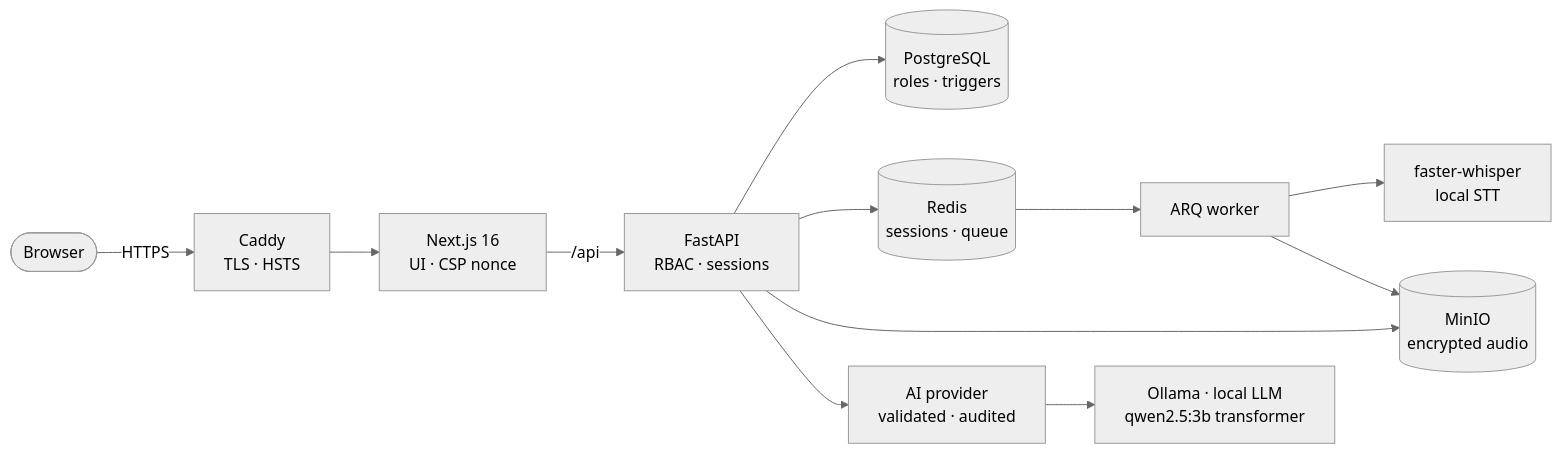
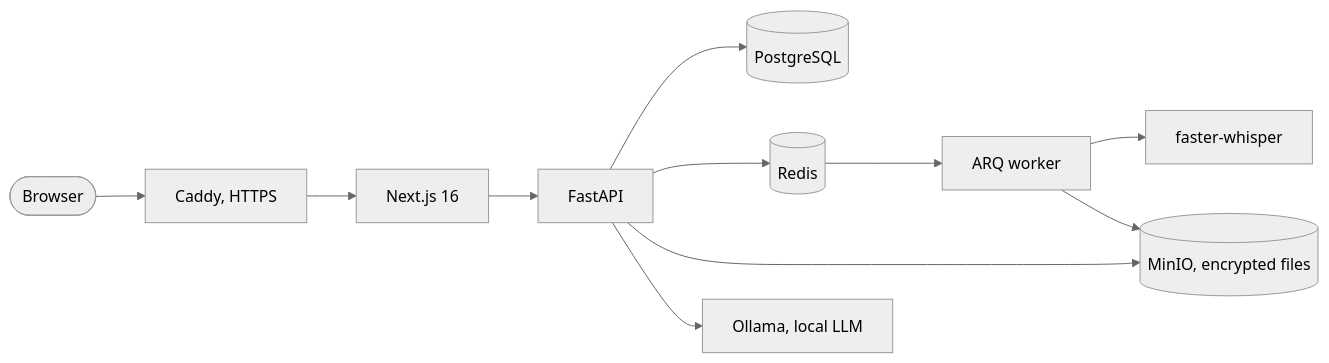
The second of 2 diagrams in README.md (tzar-beep/RehabMind), drawn with Mermaid (neutral theme) before and after one commit. The commit also changed other lines of this file and 11 other files, not shown here.

````diff
--- a/README.md
+++ b/README.md
@@ -128,14 +115,13 @@
 ```mermaid
 flowchart LR
-    B([Browser]) -- HTTPS --> C[Caddy<br/>TLS · HSTS]
-    C --> W[Next.js 16<br/>UI · CSP nonce]
-    W -- /api --> A[FastAPI<br/>RBAC · sessions]
-    A --> P[(PostgreSQL<br/>roles · triggers)]
-    A --> R[(Redis<br/>sessions · queue)]
-    A --> M[(MinIO<br/>encrypted audio)]
+    B([Browser]) --> C[Caddy, HTTPS]
+    C --> W[Next.js 16]
+    W --> A[FastAPI]
+    A --> D[(PostgreSQL)]
+    A --> R[(Redis)]
+    A --> M[(MinIO, encrypted files)]
     R --> K[ARQ worker]
-    K --> S[faster-whisper<br/>local STT]
+    K --> S[faster-whisper]
     K --> M
-    A --> AI[AI provider<br/>validated · audited]
-    AI --> OL[Ollama · local LLM<br/>qwen2.5:3b transformer]
+    A --> O[Ollama, local LLM]
 ```
````
